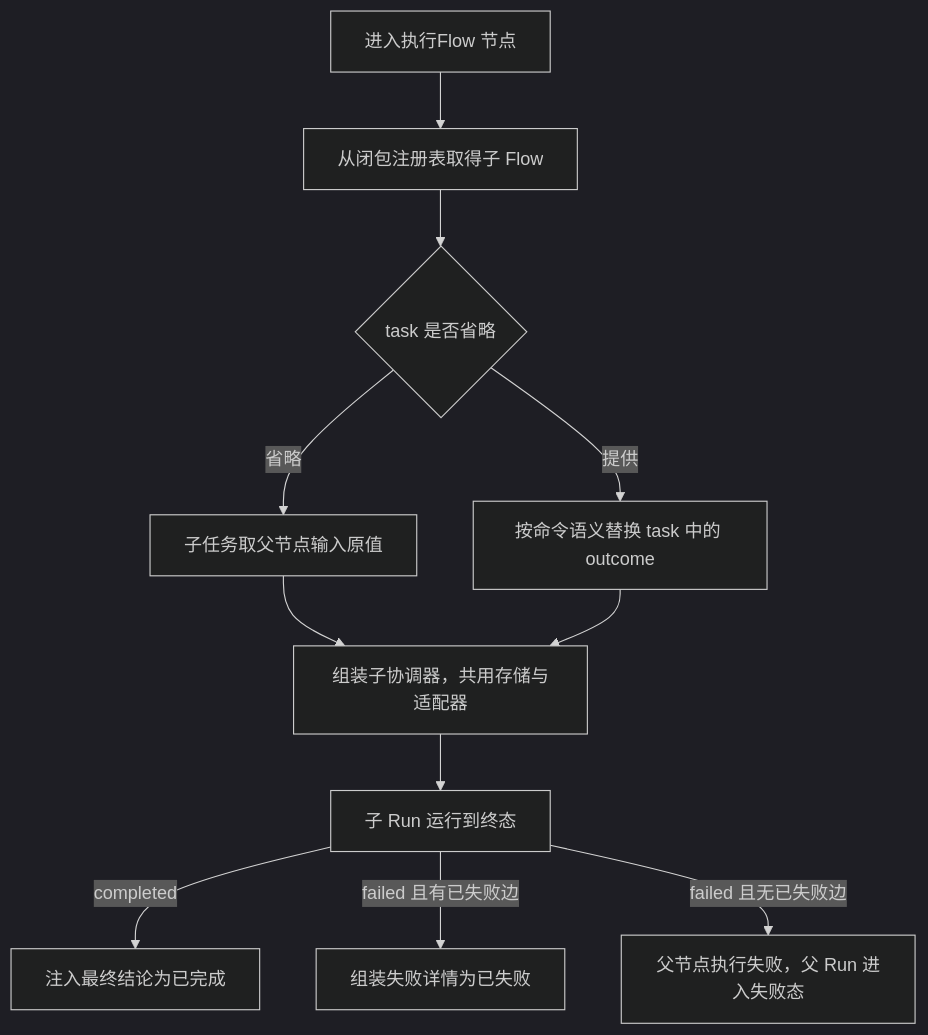
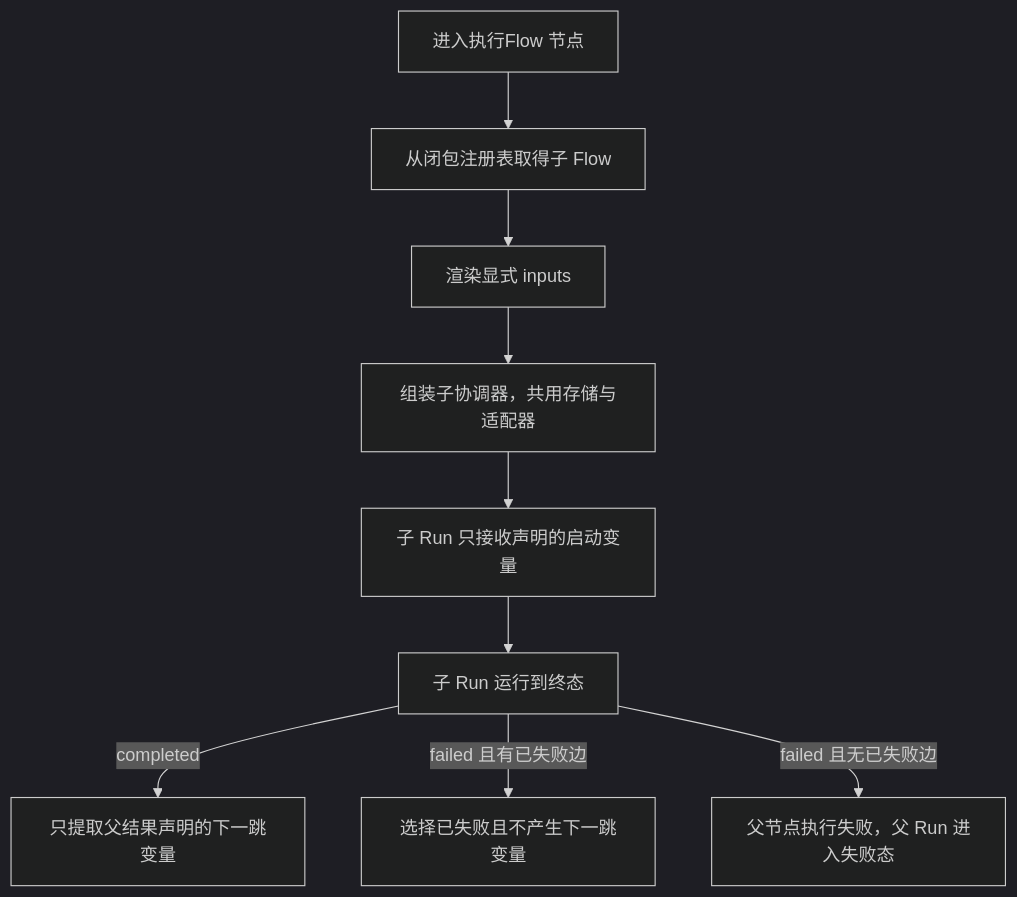
One commit to JhihJian/Agent-Flow-Runtime changed the sixth of 10 diagrams in docs/source-pseudocode-guide.md. Above: the diagram before and after it, drawn with Mermaid (dark theme). The commit also changed other lines of this file and 48 other files, not shown here.

Commit message:
完善 Flow 运行时变量上下文与发布验证

````diff
--- a/docs/source-pseudocode-guide.md
+++ b/docs/source-pseudocode-guide.md
@@ -189,13 +189,11 @@
 ```mermaid
 flowchart TD
   A[进入执行Flow 节点] --> B[从闭包注册表取得子 Flow]
-  B --> C{task 是否省略}
-  C -->|省略| D[子任务取父节点输入原值]
-  C -->|提供| E[按命令语义替换 task 中的 outcome]
-  D --> F[组装子协调器，共用存储与适配器]
-  E --> F
-  F --> G[子 Run 运行到终态]
-  G -->|completed| H[注入最终结论为已完成]
-  G -->|failed 且有已失败边| I[组装失败详情为已失败]
-  G -->|failed 且无已失败边| J[父节点执行失败，父 Run 进入失败态]
+  B --> C[渲染显式 inputs]
+  C --> D[组装子协调器，共用存储与适配器]
+  D --> E[子 Run 只接收声明的启动变量]
+  E --> F[子 Run 运行到终态]
+  F -->|completed| G[只提取父结果声明的下一跳变量]
+  F -->|failed 且有已失败边| H[选择已失败且不产生下一跳变量]
+  F -->|failed 且无已失败边| I[父节点执行失败，父 Run 进入失败态]
 ```
````
